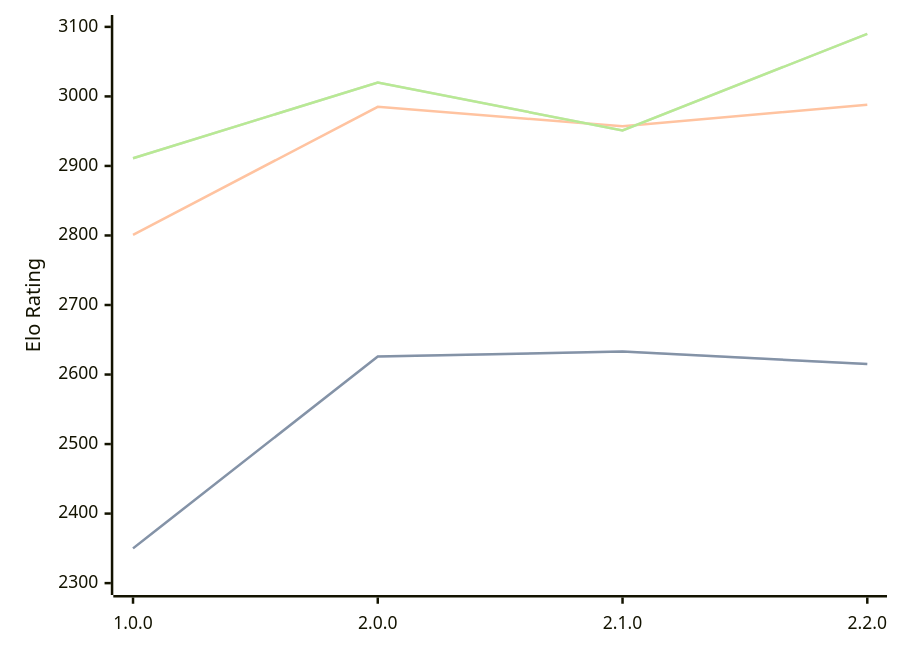
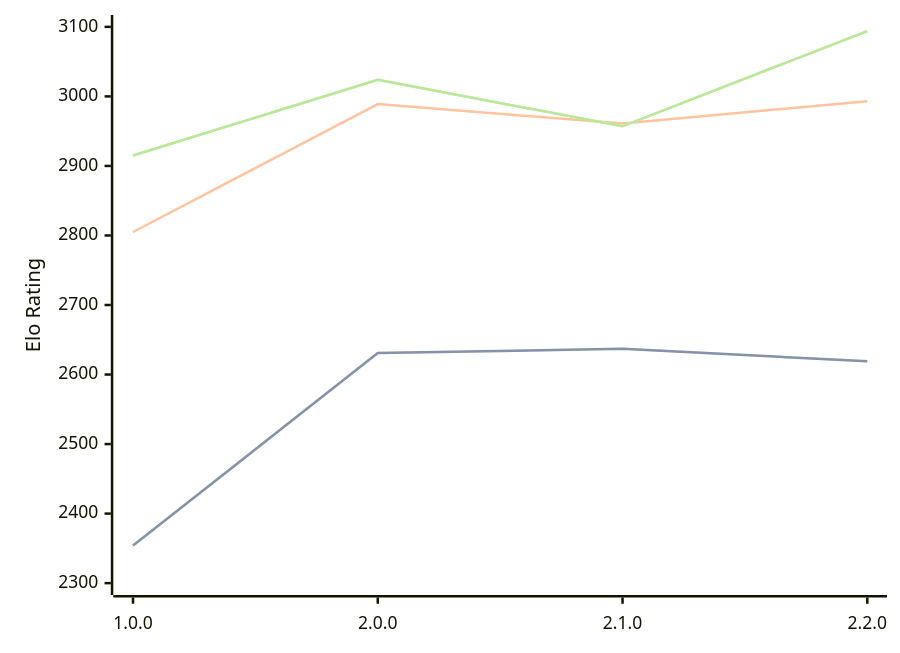
The diagram in engines/Catalyst.md (computer-chess-index/cci), drawn with Mermaid before and after one commit. The commit also changed other lines of this file, not shown here.

Commit message:
Update CCI Ratings (ELO VLTC) - 2026-04-18

````diff
--- a/engines/Catalyst.md
+++ b/engines/Catalyst.md
@@ -34,11 +34,11 @@
 ```mermaid
 %%{init: {"theme":"base","themeVariables":{"seriesColors:['#a3a3a3','#222221','#faa371']}}}%%
 xychart-beta
   x-axis ["1.0.0", "2.0.0", "2.1.0", "2.2.0"]
   y-axis "Elo Rating" 2300 --> 3100
-  line "STC (8.0+0.08s)" [2350, 2626, 2633, 2615]
-  line "STC (8.0+0.08s)" [2350, 2626, 2633, 2615]
-  line "LTC (60.0+0.60s)" [2801, 2985, 2957, 2988]
-  line "VLTC (2m24s+1.12s)" [2911, 3020, 2951, 3090]
-  line "VLTC (2m24s+1.12s)" [2911, 3020, 2951, 3090]
+  line "STC (8.0+0.08s)" [2354, 2631, 2637, 2619]
+  line "STC (8.0+0.08s)" [2354, 2631, 2637, 2619]
+  line "LTC (60.0+0.60s)" [2805, 2989, 2961, 2993]
+  line "VLTC (2m24s+1.12s)" [2915, 3024, 2957, 3094]
+  line "VLTC (2m24s+1.12s)" [2915, 3024, 2957, 3094]
 ```
````
